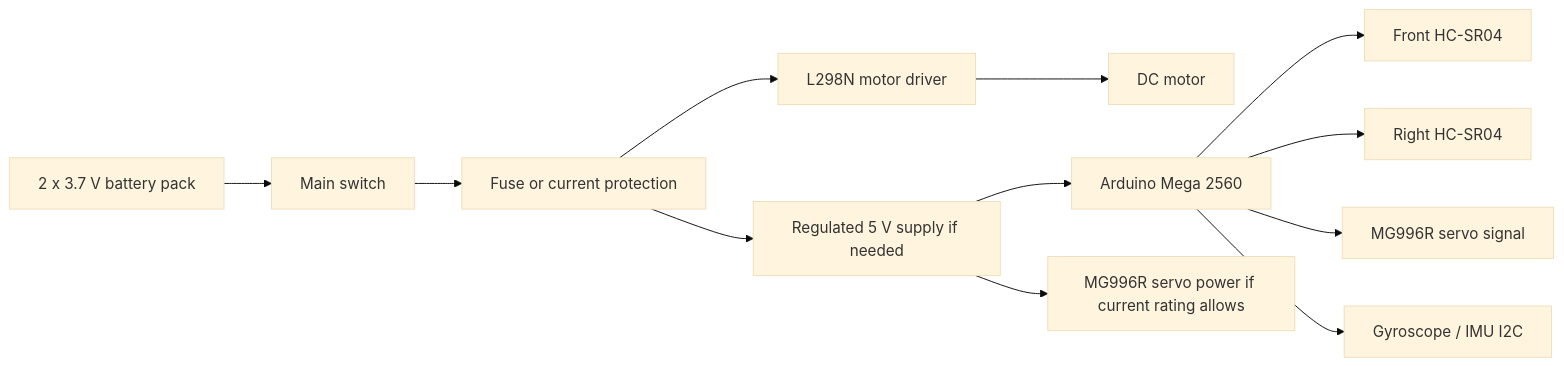
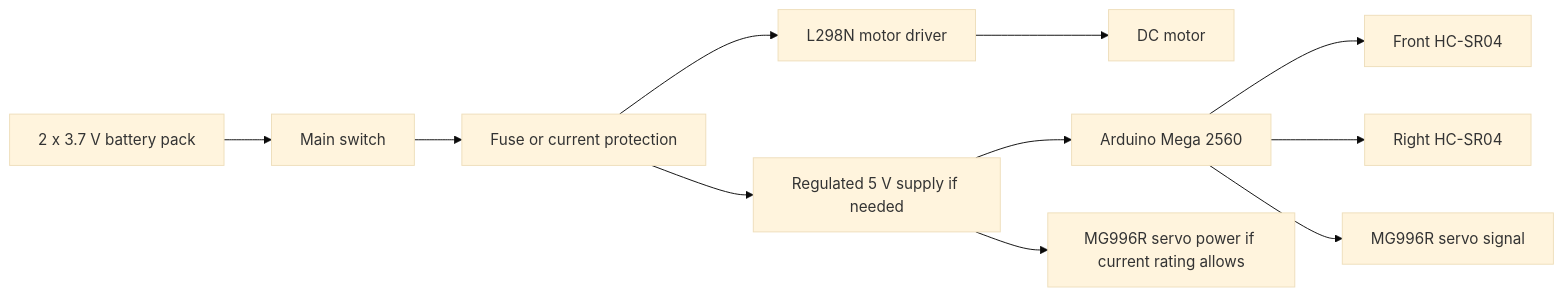
Before and after one commit to Yamilgmr/SKRobotics_WRO2026: the diagram in docs/04_power_and_sensors.md, drawn with Mermaid (base theme). The commit also changed other lines of this file and 19 other files, not shown here.

````diff
--- a/docs/04_power_and_sensors.md
+++ b/docs/04_power_and_sensors.md
@@ -9,14 +9,13 @@
 ```mermaid
 flowchart LR
     A["2 x 3.7 V battery pack"] --> B["Main switch"]
     B --> C["Fuse or current protection"]
     C --> D["L298N motor driver"]
     D --> E["DC motor"]
     C --> F["Regulated 5 V supply if needed"]
     F --> G["Arduino Mega 2560"]
     G --> H["Front HC-SR04"]
     G --> I["Right HC-SR04"]
     G --> J["MG996R servo signal"]
     F --> K["MG996R servo power if current rating allows"]
-    G --> L["Gyroscope / IMU I2C"]
 ```
````
